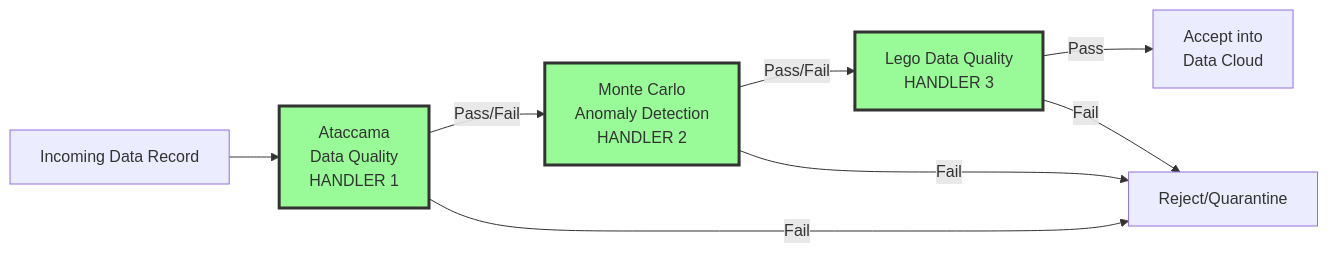
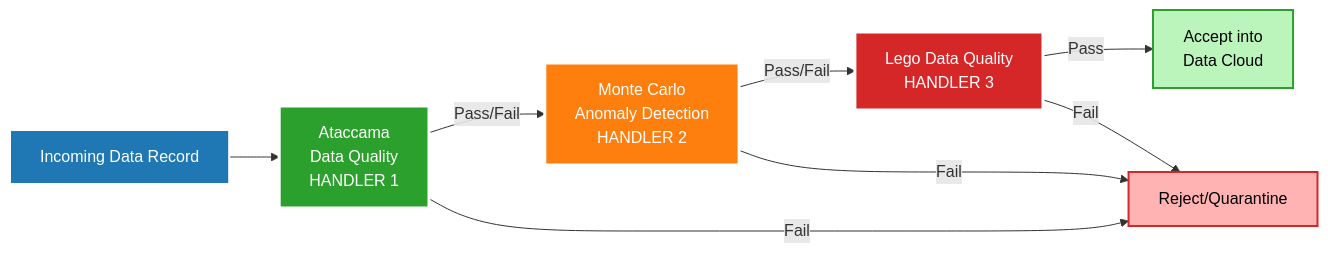
Diagram 16 of 20 in README_DataCloud_Patterns_Data_Examples.md (arupsarkar-sfdc/Misc), drawn with Mermaid before and after one commit. The commit also changed other lines of this file and 1 other file, not shown here.

````diff
--- a/README_DataCloud_Patterns_Data_Examples.md
+++ b/README_DataCloud_Patterns_Data_Examples.md
@@ -3027,15 +4777,18 @@
 ```mermaid
 graph LR
     Input[Incoming Data Record] --> H1[Ataccama<br/>Data Quality<br/>HANDLER 1]
     H1 -->|Pass/Fail| H2[Monte Carlo<br/>Anomaly Detection<br/>HANDLER 2]
     H2 -->|Pass/Fail| H3[Lego Data Quality<br/>HANDLER 3]
     H3 -->|Pass| Accept[Accept into<br/>Data Cloud]
     H3 -->|Fail| Reject[Reject/Quarantine]
     
     H1 -->|Fail| Reject
     H2 -->|Fail| Reject
     
-    style H1 fill:#98FB98,stroke:#333,stroke-width:3px
-    style H2 fill:#98FB98,stroke:#333,stroke-width:3px
-    style H3 fill:#98FB98,stroke:#333,stroke-width:3px
+    style Input fill:#1f77b4,stroke:#ffffff,stroke-width:2px,color:#ffffff
+    style H1 fill:#2ca02c,stroke:#ffffff,stroke-width:3px,color:#ffffff
+    style H2 fill:#ff7f0e,stroke:#ffffff,stroke-width:3px,color:#ffffff
+    style H3 fill:#d62728,stroke:#ffffff,stroke-width:3px,color:#ffffff
+    style Accept fill:#bcf5bc,stroke:#2ca02c,stroke-width:2px,color:#000000
+    style Reject fill:#ffb3b3,stroke:#d62728,stroke-width:2px,color:#000000
 ```
````
